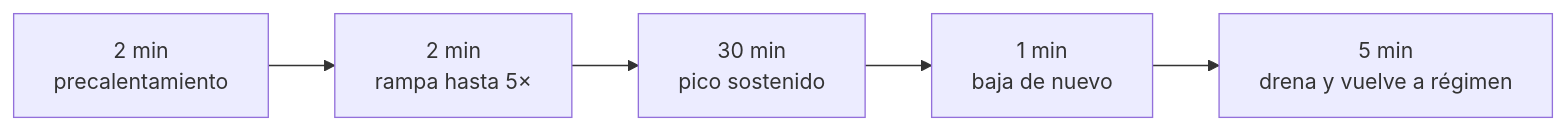
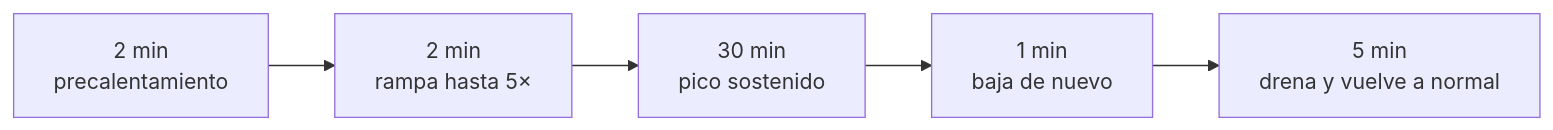
The fifth of 5 diagrams in docs/experimentov3.md (MATI-MBIT/arqsoft-reto-1), drawn with Mermaid before and after one commit. The commit also changed other lines of this file, not shown here.

````diff
--- a/docs/experimentov3.md
+++ b/docs/experimentov3.md
@@ -84,4 +84,4 @@
 ```mermaid
 flowchart LR
-    P["2 min\nprecalentamiento"] --> RA["2 min\nrampa hasta 5×"] --> PK["30 min\npico sostenido"] --> D["1 min\nbaja de nuevo"] --> F3["5 min\ndrena y vuelve a régimen"]
+    P["2 min\nprecalentamiento"] --> RA["2 min\nrampa hasta 5×"] --> PK["30 min\npico sostenido"] --> D["1 min\nbaja de nuevo"] --> F3["5 min\ndrena y vuelve a normal"]
 ```
````
